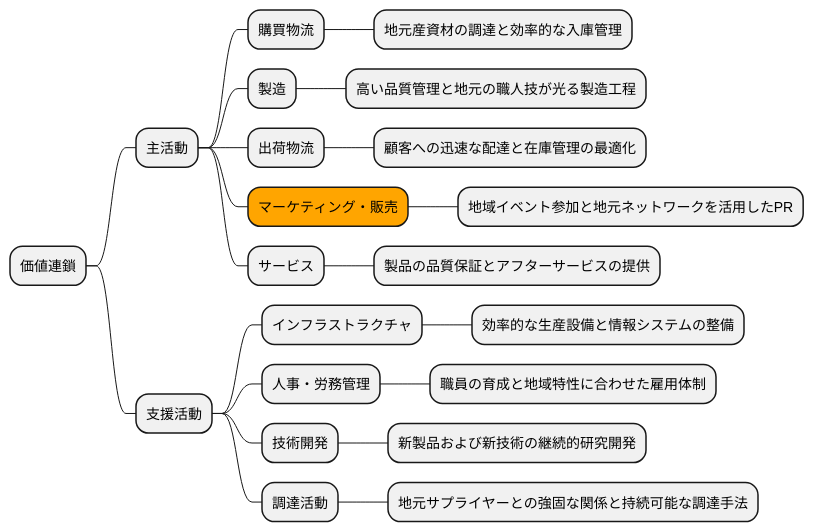
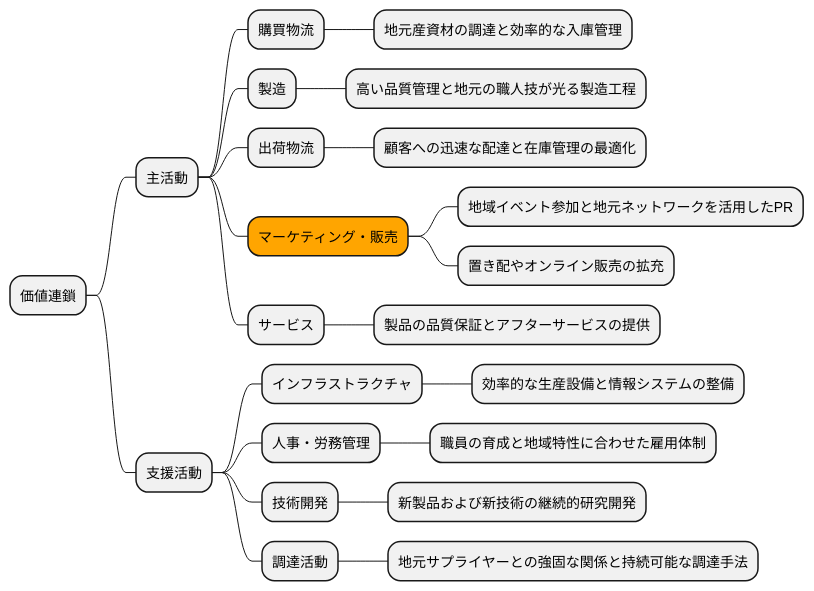
The tenth of 16 diagrams in docs/case/r03_case_2.adoc (k2works/case-sutudy-business-analysis), drawn with PlantUML before and after one commit. The commit also changed other lines of this file, not shown here.

```diff
--- a/docs/case/r03_case_2.adoc
+++ b/docs/case/r03_case_2.adoc
@@ -306,28 +342,29 @@
 [plantuml]
 ----
 @startmindmap
 
 * 価値連鎖
 ** 主活動
 *** 購買物流
 **** 地元産資材の調達と効率的な入庫管理
 *** 製造
 **** 高い品質管理と地元の職人技が光る製造工程
 *** 出荷物流
 **** 顧客への迅速な配達と在庫管理の最適化
 ***[#orange] マーケティング・販売
 **** 地域イベント参加と地元ネットワークを活用したPR
+**** 置き配やオンライン販売の拡充
 *** サービス
 **** 製品の品質保証とアフターサービスの提供
 ** 支援活動
 *** インフラストラクチャ
 **** 効率的な生産設備と情報システムの整備
 *** 人事・労務管理
 **** 職員の育成と地域特性に合わせた雇用体制
 *** 技術開発
 **** 新製品および新技術の継続的研究開発
 *** 調達活動
 **** 地元サプライヤーとの強固な関係と持続可能な調達手法
 
 @endmindmap
 ----
```
